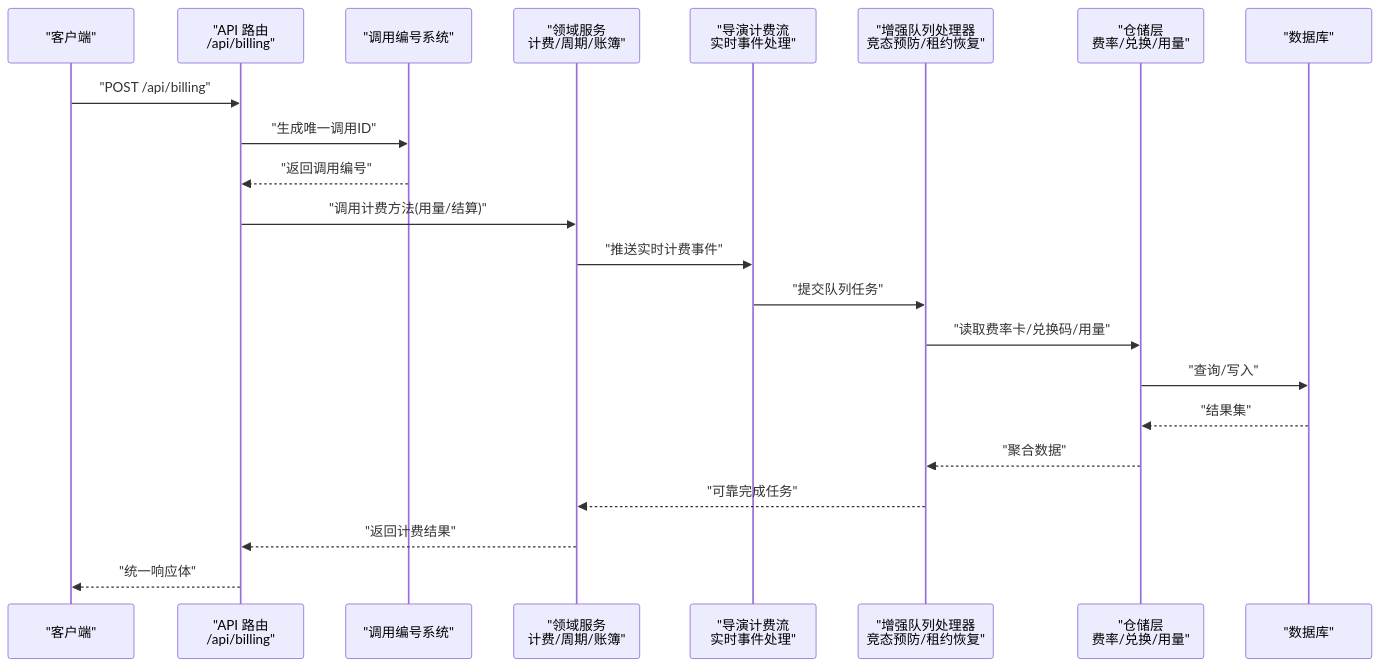
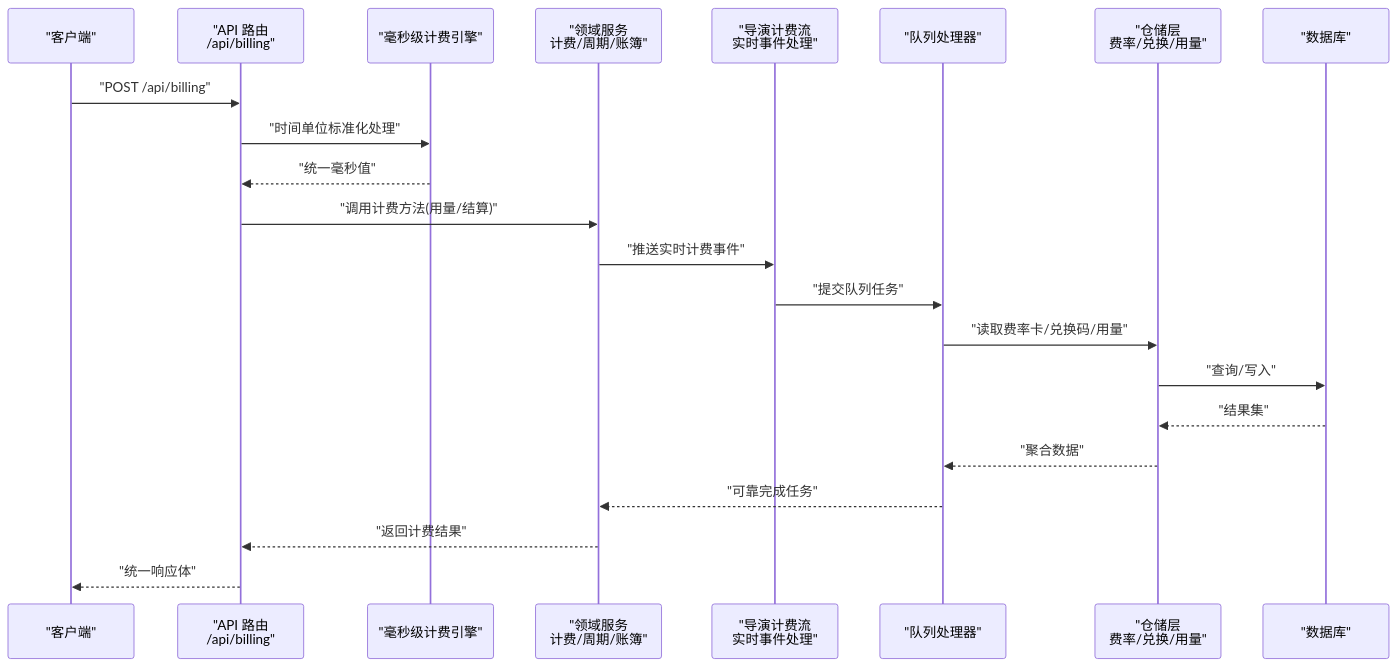
Before and after one commit to scottcwy/PurpleInk: the second of 16 diagrams in .qoder/repowiki/zh/content/项目概述/计费配置/计费和会计账簿系统.md, drawn with Mermaid. The commit also changed other lines of this file and 37 other files, not shown here.

````diff
--- a/.qoder/repowiki/zh/content/项目概述/计费配置/计费和会计账簿系统.md
+++ b/.qoder/repowiki/zh/content/项目概述/计费配置/计费和会计账簿系统.md
@@ -196,24 +204,24 @@
 ```mermaid
 sequenceDiagram
 participant Client as "客户端"
 participant API as "API 路由<br/>/api/billing"
-participant Invocation as "调用编号系统"
+participant MillisecondEngine as "毫秒级计费引擎"
 participant Domain as "领域服务<br/>计费/周期/账簿"
 participant Stream as "导演计费流<br/>实时事件处理"
-participant Queue as "增强队列处理器<br/>竞态预防/租约恢复"
+participant Queue as "队列处理器"
 participant Repo as "仓储层<br/>费率/兑换/用量"
 participant DB as "数据库"
 Client->>API : "POST /api/billing"
-API->>Invocation : "生成唯一调用ID"
-Invocation-->>API : "返回调用编号"
+API->>MillisecondEngine : "时间单位标准化处理"
+MillisecondEngine-->>API : "统一毫秒值"
 API->>Domain : "调用计费方法(用量/结算)"
 Domain->>Stream : "推送实时计费事件"
 Stream->>Queue : "提交队列任务"
 Queue->>Repo : "读取费率卡/兑换码/用量"
 Repo->>DB : "查询/写入"
 DB-->>Repo : "结果集"
 Repo-->>Queue : "聚合数据"
 Queue-->>Domain : "可靠完成任务"
 Domain-->>API : "返回计费结果"
 API-->>Client : "统一响应体"
 ```
````
